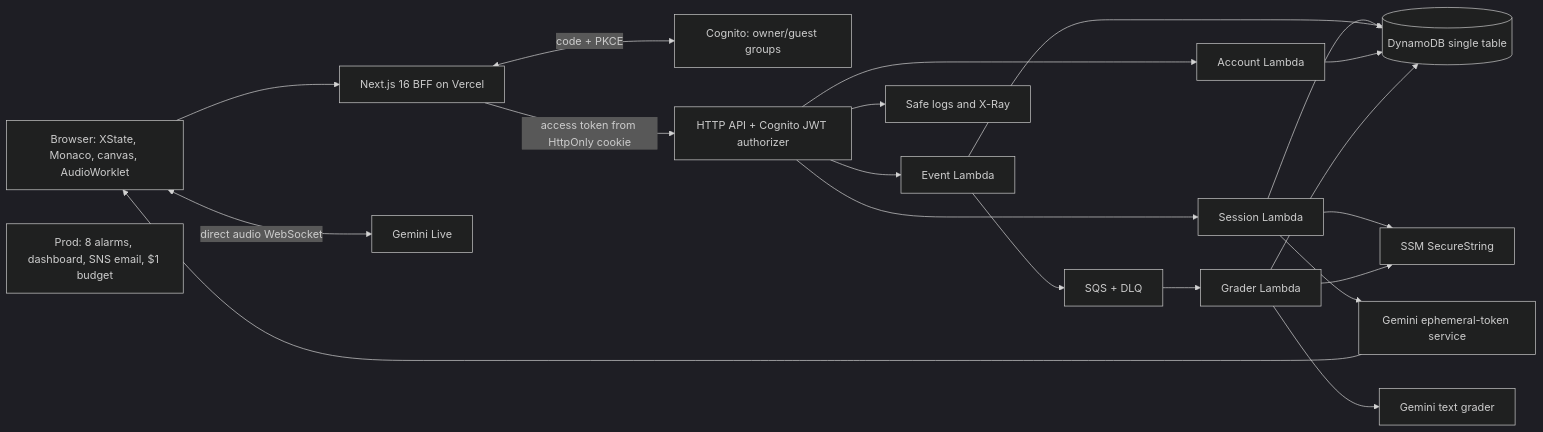
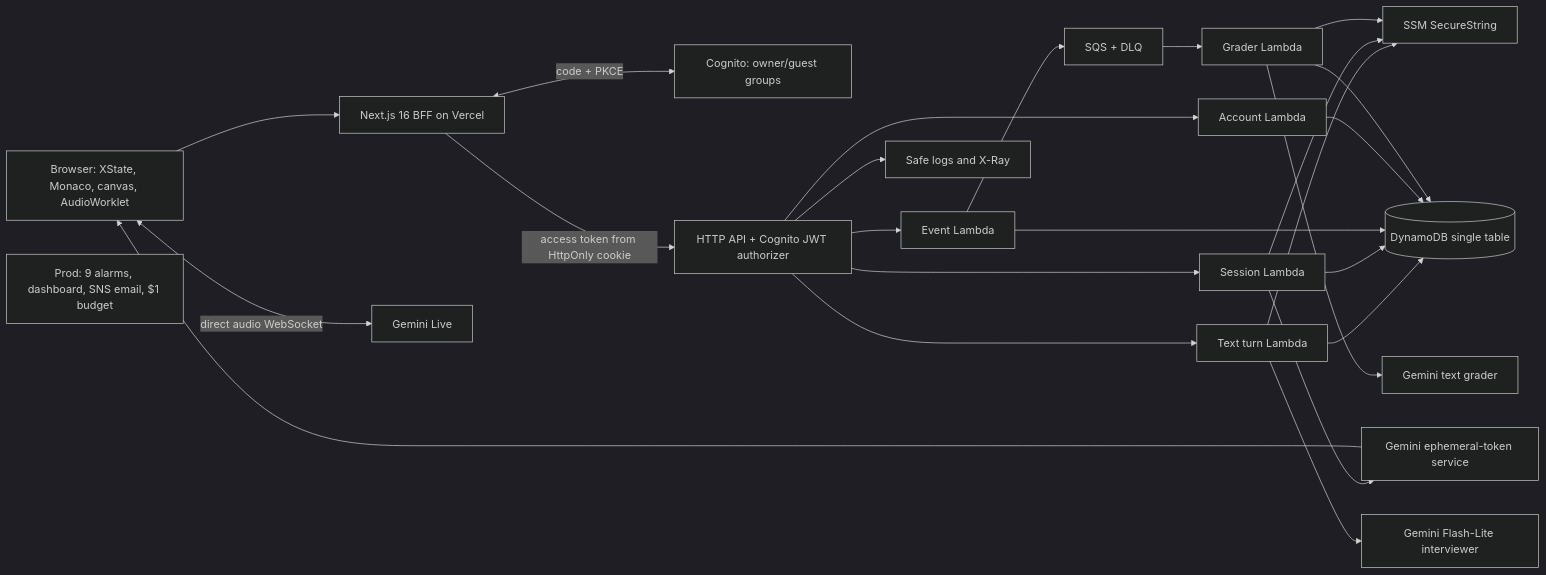
Before and after one commit to AloysiusLimMingZhou/signal-room-interview-coach: the diagram in architecture.md, drawn with Mermaid (dark theme). The commit also changed other lines of this file and 16 other files, not shown here.

```diff
--- a/architecture.md
+++ b/architecture.md
@@ -56,23 +56,27 @@
 ~~~mermaid
 flowchart LR
   Browser[Browser: XState, Monaco, canvas, AudioWorklet] --> BFF[Next.js 16 BFF on Vercel]
   BFF <-->|code + PKCE| Cognito[Cognito: owner/guest groups]
   BFF -->|access token from HttpOnly cookie| API[HTTP API + Cognito JWT authorizer]
   API --> Session[Session Lambda]
   API --> Events[Event Lambda]
   API --> Account[Account Lambda]
+  API --> Turn[Text turn Lambda]
+  Turn --> DB
+  Turn --> Parameter
+  Turn --> Text[Gemini Flash-Lite interviewer]
   Session --> DB[(DynamoDB single table)]
   Events --> DB
   Account --> DB
   Session --> Parameter[SSM SecureString]
   Session --> Token[Gemini ephemeral-token service]
   Token --> Browser
   Browser <-->|direct audio WebSocket| Live[Gemini Live]
   Events --> Queue[SQS + DLQ]
   Queue --> Grader[Grader Lambda]
   Grader --> Parameter
   Grader --> Grade[Gemini text grader]
   Grader --> DB
   API --> Logs[Safe logs and X-Ray]
-  Monitor[Prod: 8 alarms, dashboard, SNS email, $1 budget]
+  Monitor[Prod: 9 alarms, dashboard, SNS email, $1 budget]
 ~~~
```
